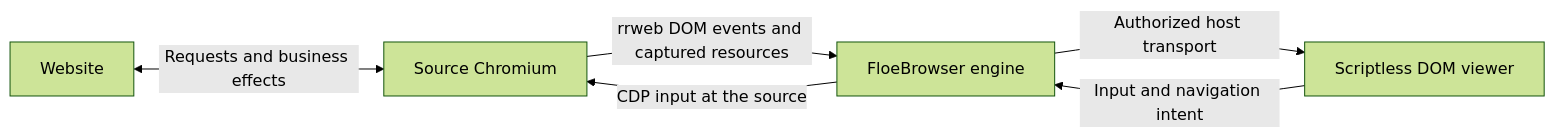
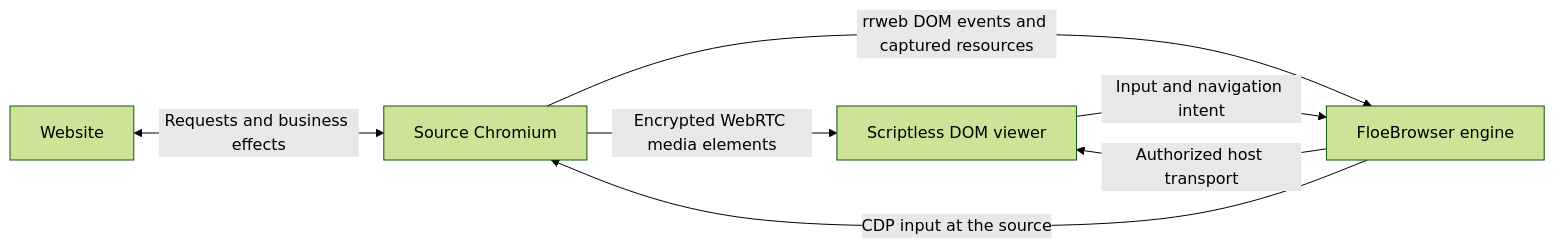
One commit to floegence/floebrowser changed the diagram in README.md. Above: the diagram before and after it, drawn with Mermaid (forest theme). The commit also changed other lines of this file and 19 other files, not shown here.

````diff
--- a/README.md
+++ b/README.md
@@ -60,8 +60,9 @@
 ```mermaid
 flowchart LR
     Website <-->|Requests and business effects| Source[Source Chromium]
+    Source -->|Encrypted WebRTC media elements| Viewer
     Source -->|rrweb DOM events and captured resources| Engine[FloeBrowser engine]
     Engine -->|Authorized host transport| Viewer[Scriptless DOM viewer]
     Viewer -->|Input and navigation intent| Engine
     Engine -->|CDP input at the source| Source
 ```
````
